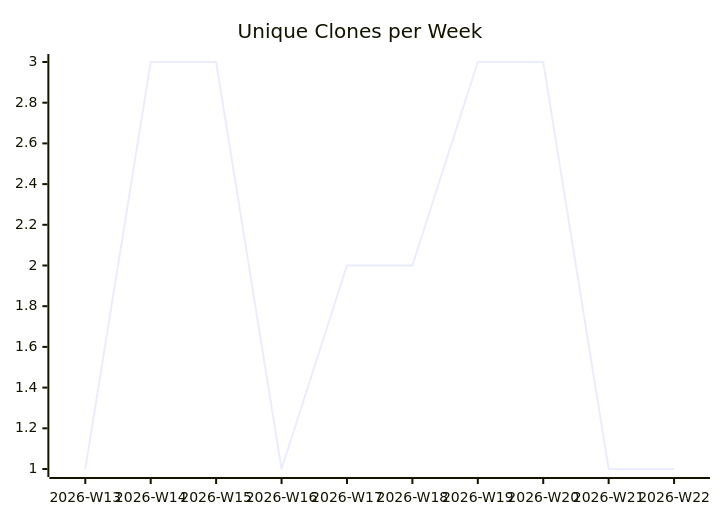
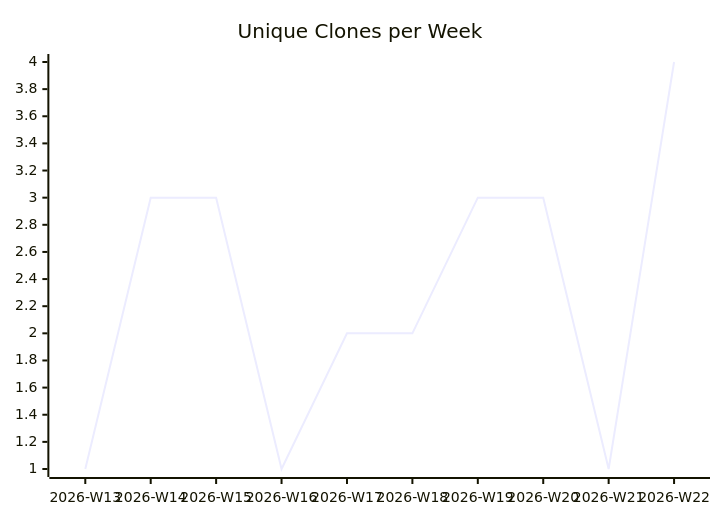
The third of 3 diagrams in karlmdavis/puppet-sonar/README.md (justdavis-family/github-analytics-data), drawn with Mermaid before and after one commit. The commit also changed other lines of this file and 189 other files, not shown here.

````diff
--- a/karlmdavis/puppet-sonar/README.md
+++ b/karlmdavis/puppet-sonar/README.md
@@ -19,6 +19,6 @@
 ```mermaid
 xychart-beta
   title "Unique Clones per Week"
   x-axis ["2026-W13", "2026-W14", "2026-W15", "2026-W16", "2026-W17", "2026-W18", "2026-W19", "2026-W20", "2026-W21", "2026-W22"]
-  line [1, 3, 3, 1, 2, 2, 3, 3, 1, 1]
+  line [1, 3, 3, 1, 2, 2, 3, 3, 1, 4]
 ```
````
